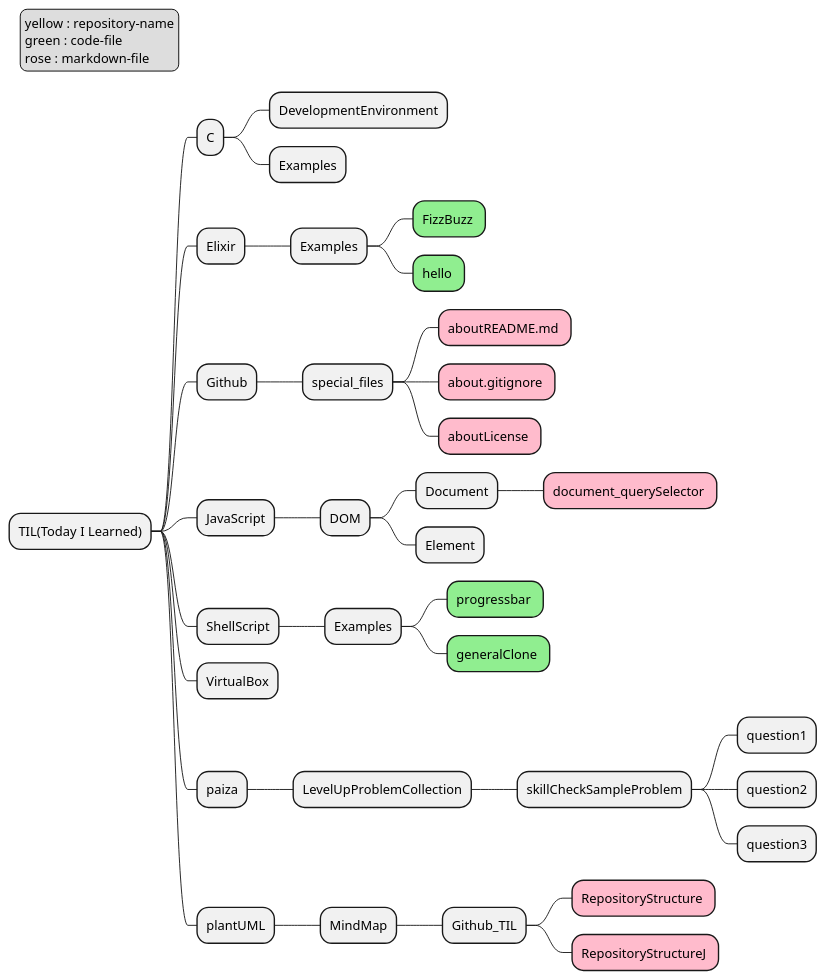
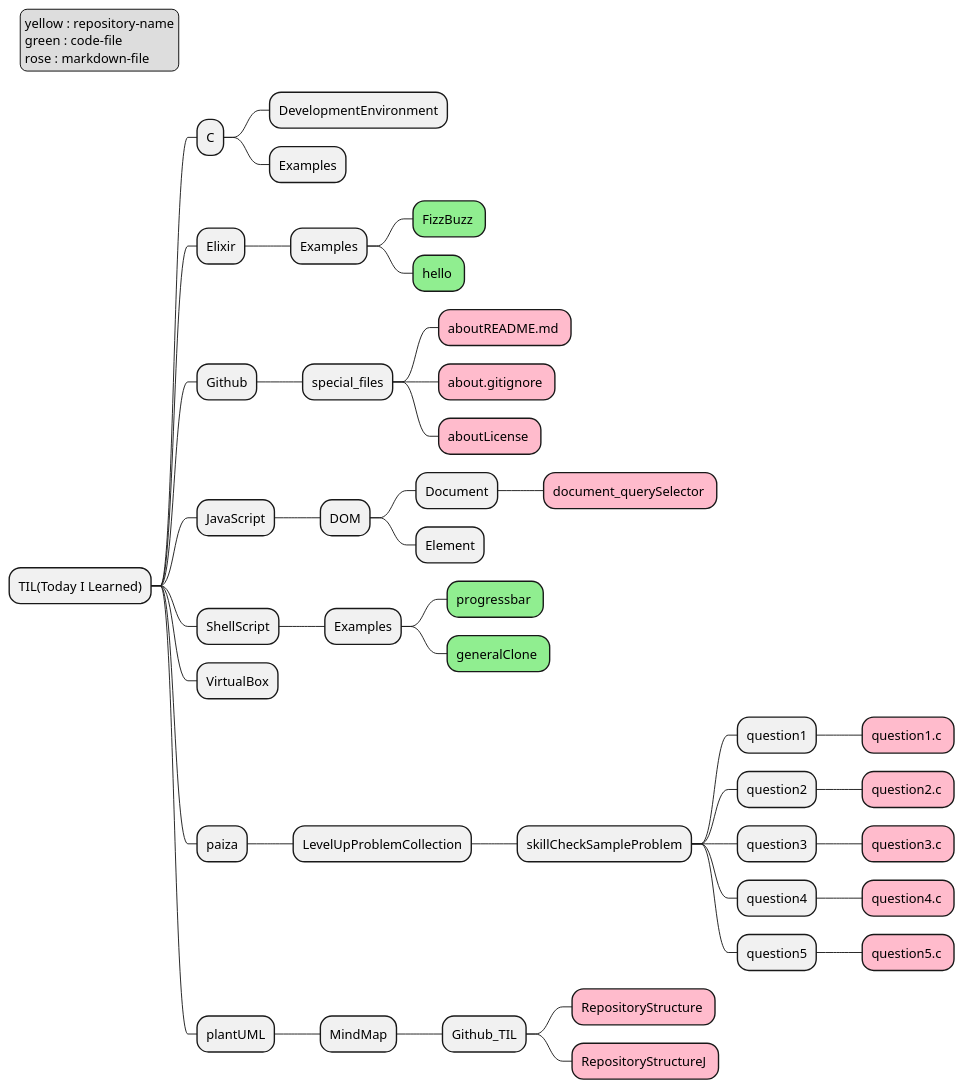
One commit to sudo-roa/TIL changed the diagram in plantUML/MindMap/Github_TIL/RepositoryStructure.puml. Above: the diagram before and after it, drawn with PlantUML. The commit also changed 4 other files, not shown here.

```diff
--- a/plantUML/MindMap/Github_TIL/RepositoryStructure.puml
+++ b/plantUML/MindMap/Github_TIL/RepositoryStructure.puml
@@ -1,62 +1,69 @@
 @startmindmap RepositoryStructure
 <style>
 mindmapDiagram {
   .green {
     BackgroundColor #90ee90
   }
   .rose {
     BackgroundColor #FFBBCC
   }
 }
 </style>
 
 * TIL(Today I Learned)
 
 ** C
 *** DevelopmentEnvironment
 *** Examples
 
 ** Elixir
 *** Examples
 **** FizzBuzz <<green>>
 **** hello <<green>>
 
 ** Github
 *** special_files
 **** aboutREADME.md <<rose>>
 **** about.gitignore <<rose>>
 **** aboutLicense <<rose>>
 
 ** JavaScript
 *** DOM
 **** Document
 ***** document_querySelector <<rose>>
 **** Element
 
 ** ShellScript
 *** Examples
 **** progressbar <<green>>
 **** generalClone <<green>>
 
 ** VirtualBox
 
 ** paiza
 *** LevelUpProblemCollection
 **** skillCheckSampleProblem
 ***** question1
+****** question1.c <<rose>>
 ***** question2
+****** question2.c <<rose>>
 ***** question3
+****** question3.c <<rose>>
+***** question4
+****** question4.c <<rose>>
+***** question5
+****** question5.c <<rose>>
 
 ** plantUML
 *** MindMap
 **** Github_TIL
 ***** RepositoryStructure <<rose>>
 ***** RepositoryStructureJ <<rose>>
 
 legend top left
     yellow : repository-name
     green : code-file
     rose : markdown-file
 endlegend
 
 @endmindmap
```
